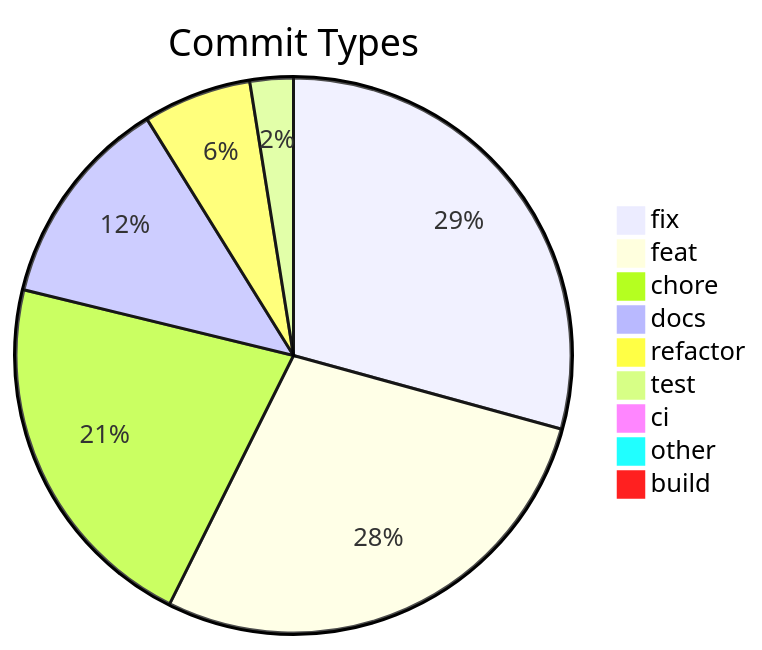
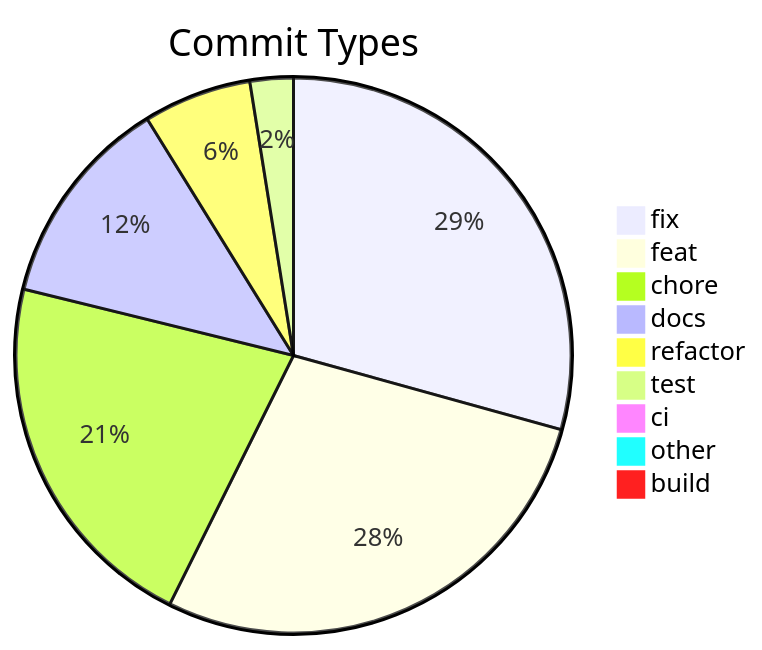
One commit to svenroth-ai/shipwright changed the diagram in .shipwright/compliance/change-history.md. Above: the diagram before and after it, drawn with Mermaid. The commit also changed other lines of this file and 6 other files, not shown here.

````diff
--- a/.shipwright/compliance/change-history.md
+++ b/.shipwright/compliance/change-history.md
@@ -8,12 +8,12 @@
 ```mermaid
 pie title Commit Types
-    "fix" : 348
+    "fix" : 349
     "feat" : 334
-    "chore" : 255
+    "chore" : 256
     "docs" : 147
     "refactor" : 75
     "test" : 30
     "ci" : 11
     "other" : 9
     "build" : 1
 ```
````
